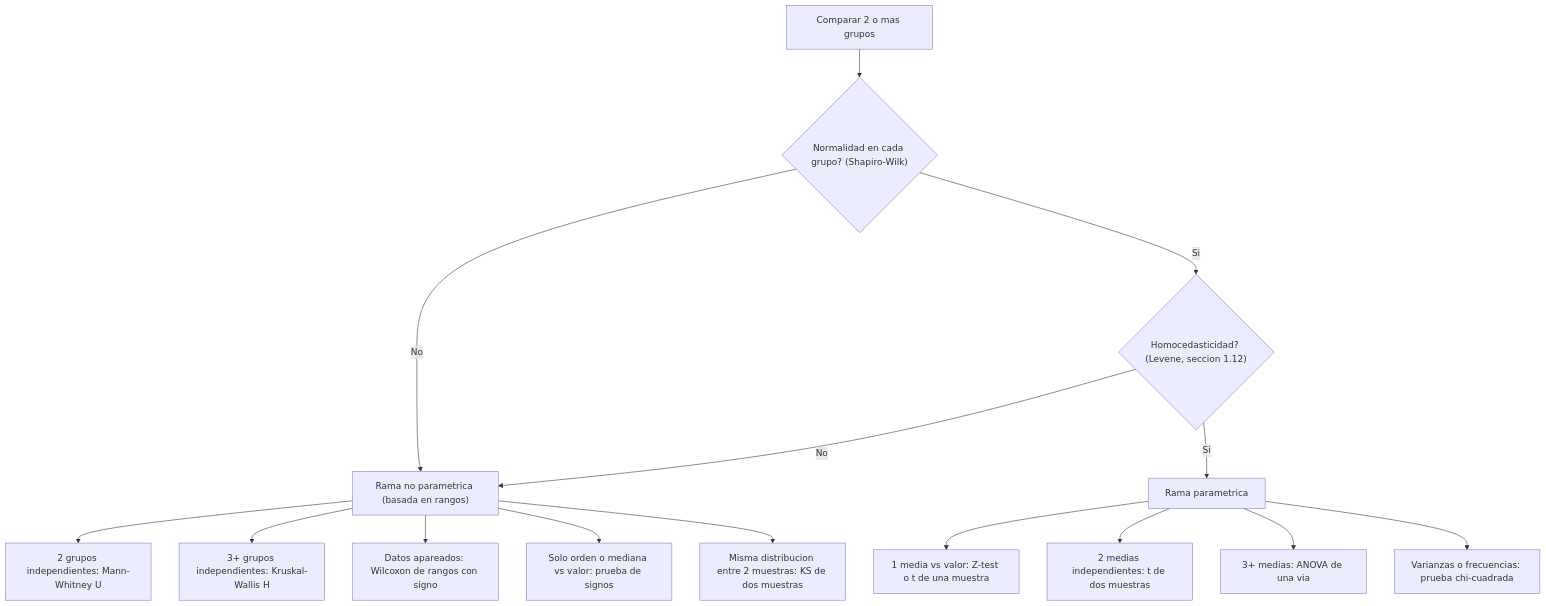
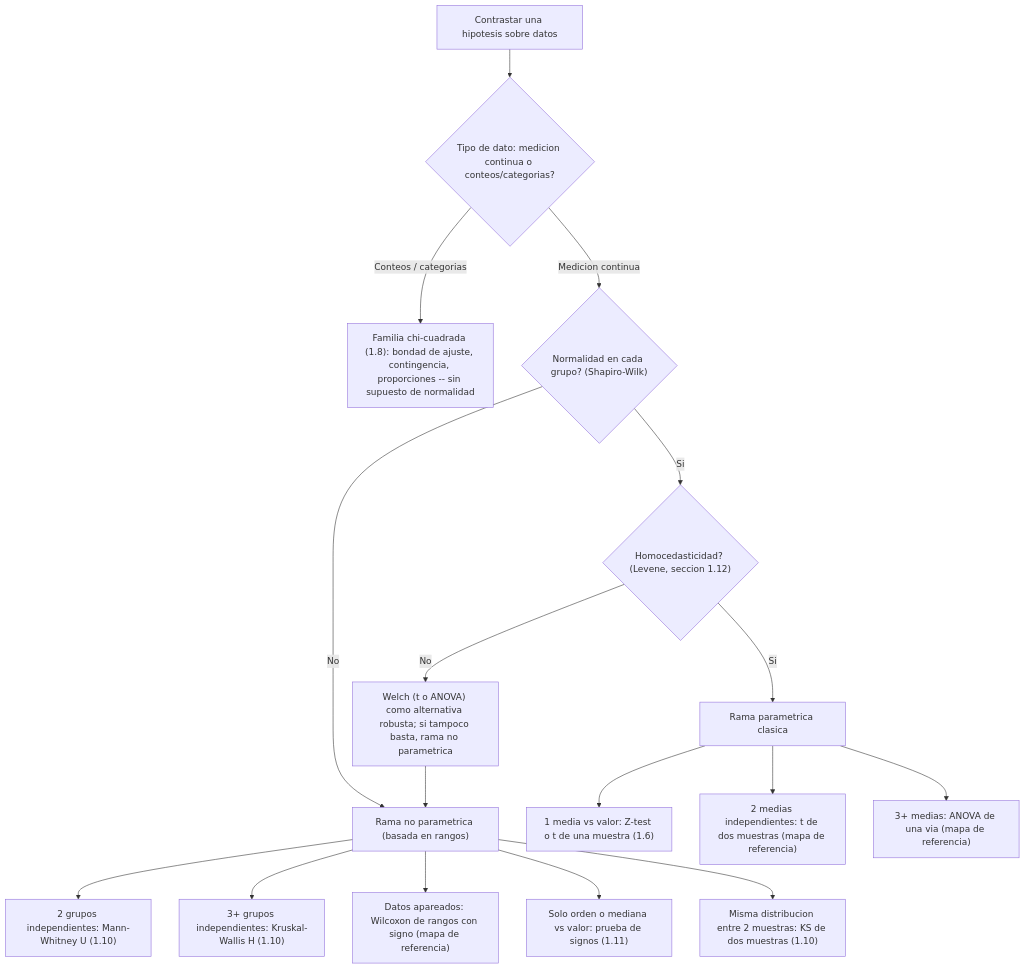
One commit to Multiagent-AI-Lab/Probability-Statistics-Agentic-AI-Core changed the diagram in lecciones/UNIDAD_7_INFERENCIA_ESTIMACION.md. Above: the diagram before and after it, drawn with Mermaid. The commit also changed other lines of this file and 1 other file, not shown here.

Commit message:
docs(u7): corregir imprecisiones pedagogicas del diagrama de decision (hallazgos del review de Task 10)
- La familia chi-cuadrada de conteos/categorias (bondad de ajuste,
  contingencia, proporciones) sale a un chequeo previo de 'tipo de dato':
  no requiere normalidad ni homocedasticidad, colgaba erroneamente de la
  rama que exige ambas.
- El pie del diagrama ya no afirma cobertura total de 1.8-1.12: P2 (t de
  2 muestras), P3 (ANOVA) y N3 (Wilcoxon de rangos con signo) se marcan
  como 'mapa de referencia' -- U7 no los desarrolla, se ven en cursos
  posteriores.
- La rama de homocedasticidad fallida ahora ofrece Welch (t/ANOVA robusta)
  como alternativa parametrica antes de pasar a rangos, coherente con lo
  que dice el texto de 1.12.

test_content_auditor.py: 11 passed. Notebook regenerado.

````diff
--- a/lecciones/UNIDAD_7_INFERENCIA_ESTIMACION.md
+++ b/lecciones/UNIDAD_7_INFERENCIA_ESTIMACION.md
@@ -386,18 +386,20 @@
 ```mermaid
 graph TD
-    Inicio["Comparar 2 o mas grupos"]
-    Inicio --> Q1{"Normalidad en cada grupo? (Shapiro-Wilk)"}
+    Inicio["Contrastar una hipotesis sobre datos"]
+    Inicio --> Q0{"Tipo de dato: medicion continua o conteos/categorias?"}
+    Q0 -->|"Conteos / categorias"| Chi["Familia chi-cuadrada (1.8): bondad de ajuste, contingencia, proporciones -- sin supuesto de normalidad"]
+    Q0 -->|"Medicion continua"| Q1{"Normalidad en cada grupo? (Shapiro-Wilk)"}
     Q1 -->|"No"| NoParam["Rama no parametrica (basada en rangos)"]
     Q1 -->|"Si"| Q2{"Homocedasticidad? (Levene, seccion 1.12)"}
-    Q2 -->|"No"| NoParam
-    Q2 -->|"Si"| Param["Rama parametrica"]
-    Param --> P1["1 media vs valor: Z-test o t de una muestra"]
-    Param --> P2["2 medias independientes: t de dos muestras"]
-    Param --> P3["3+ medias: ANOVA de una via"]
-    Param --> P4["Varianzas o frecuencias: prueba chi-cuadrada"]
-    NoParam --> N1["2 grupos independientes: Mann-Whitney U"]
-    NoParam --> N2["3+ grupos independientes: Kruskal-Wallis H"]
-    NoParam --> N3["Datos apareados: Wilcoxon de rangos con signo"]
-    NoParam --> N4["Solo orden o mediana vs valor: prueba de signos"]
-    NoParam --> N5["Misma distribucion entre 2 muestras: KS de dos muestras"]
+    Q2 -->|"No"| Welch["Welch (t o ANOVA) como alternativa robusta; si tampoco basta, rama no parametrica"]
+    Q2 -->|"Si"| Param["Rama parametrica clasica"]
+    Welch --> NoParam
+    Param --> P1["1 media vs valor: Z-test o t de una muestra (1.6)"]
+    Param --> P2["2 medias independientes: t de dos muestras (mapa de referencia)"]
+    Param --> P3["3+ medias: ANOVA de una via (mapa de referencia)"]
+    NoParam --> N1["2 grupos independientes: Mann-Whitney U (1.10)"]
+    NoParam --> N2["3+ grupos independientes: Kruskal-Wallis H (1.10)"]
+    NoParam --> N3["Datos apareados: Wilcoxon de rangos con signo (mapa de referencia)"]
+    NoParam --> N4["Solo orden o mediana vs valor: prueba de signos (1.11)"]
+    NoParam --> N5["Misma distribucion entre 2 muestras: KS de dos muestras (1.10)"]
 ```
````
